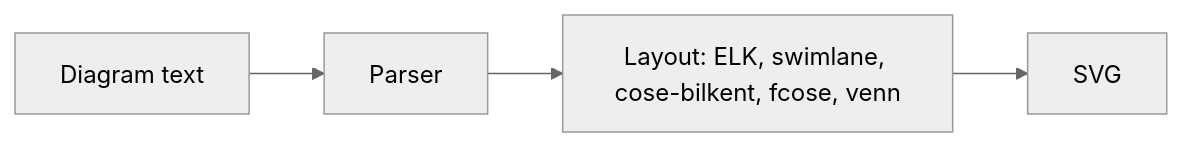
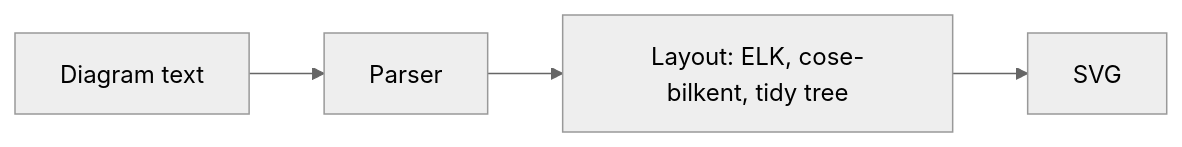
Before and after one commit to sebastian-software/ferrigura: the diagram in README.md, drawn with Mermaid (neutral theme). The commit also changed other lines of this file and 57 other files, not shown here.

First line of the commit message:
docs: describe the ten diagram types and record decision 0024

````diff
--- a/README.md
+++ b/README.md
@@ -13,4 +13,4 @@
 ```mermaid
 flowchart LR
-  text[Diagram text] --> parse[Parser] --> layout[Layout: ELK, swimlane, cose-bilkent, fcose, venn] --> svg[SVG]
+  text[Diagram text] --> parse[Parser] --> layout[Layout: ELK, cose-bilkent, tidy tree] --> svg[SVG]
 ```
````
